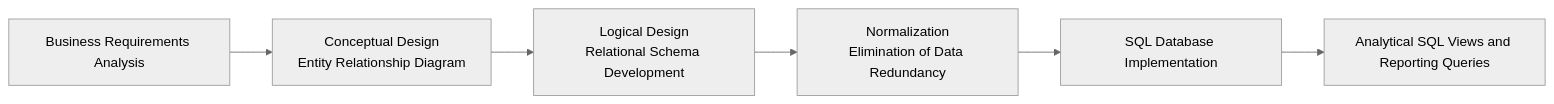
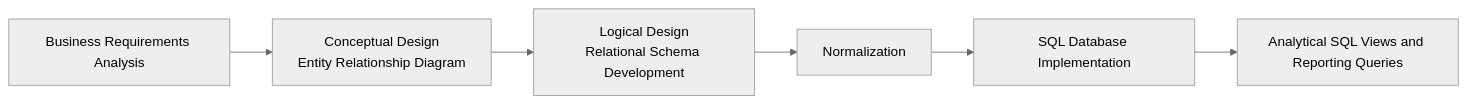
One commit to NosrevytsNg/Relational-Design-SQL-Implementation-Food-Delivery-Database-System changed the diagram in README.md. Above: the diagram before and after it, drawn with Mermaid (neutral theme). The commit also changed other lines of this file, not shown here.

````diff
--- a/README.md
+++ b/README.md
@@ -65,15 +34,15 @@
 ```mermaid
 flowchart LR
 
 A[Business Requirements Analysis]
 
 A --> B[Conceptual Design<br>Entity Relationship Diagram]
 
 B --> C[Logical Design<br>Relational Schema Development]
 
-C --> D[Normalization<br>Elimination of Data Redundancy]
+C --> D[Normalization]
 
 D --> E[SQL Database Implementation]
 
 E --> F[Analytical SQL Views and Reporting Queries]
 ```
````
